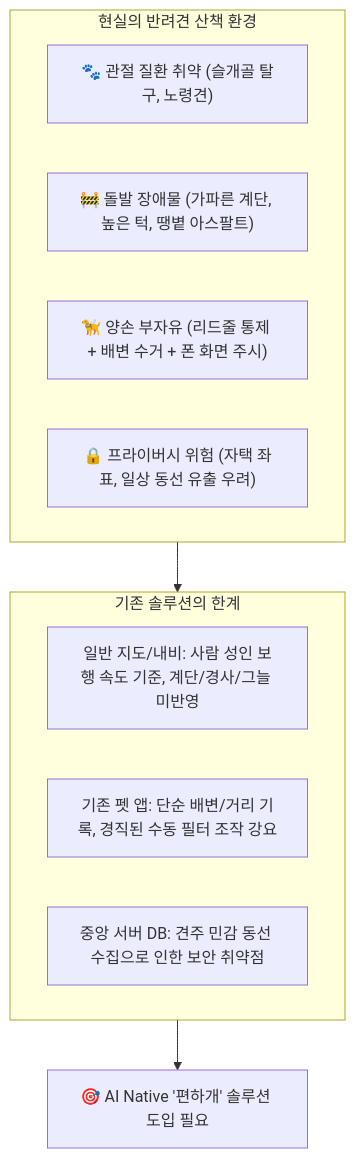
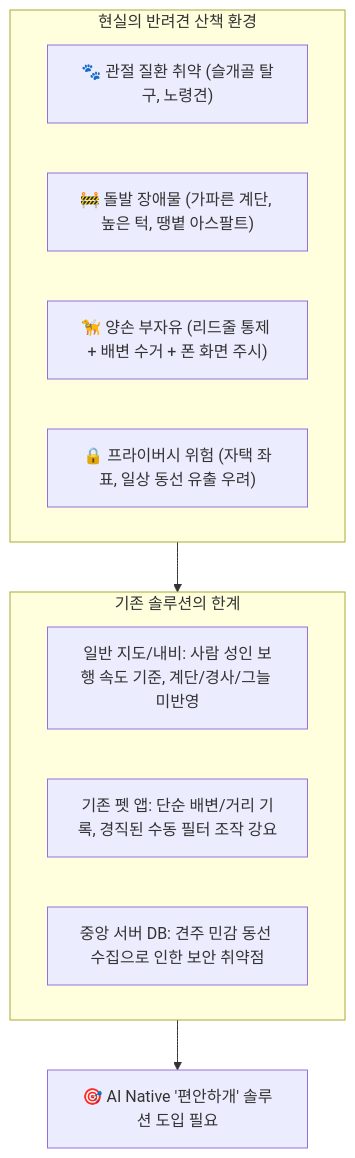
The first of 5 diagrams in docs/04_ai_problem_definition.md (haru2014/pet_walk_t01), drawn with Mermaid before and after one commit. The commit also changed other lines of this file and 20 other files, not shown here.

First line of the commit message:
docs: 서비스 명칭 변경 (편하개 -> 편안하개) 및 전체 문서 동기화

````diff
--- a/docs/04_ai_problem_definition.md
+++ b/docs/04_ai_problem_definition.md
@@ -14,18 +14,18 @@
 ```mermaid
 flowchart TD
     subgraph Reality["현실의 반려견 산책 환경"]
         R1["🐾 관절 질환 취약 (슬개골 탈구, 노령견)"]
         R2["🚧 돌발 장애물 (가파른 계단, 높은 턱, 땡볕 아스팔트)"]
         R3["🦮 양손 부자유 (리드줄 통제 + 배변 수거 + 폰 화면 주시)"]
         R4["🔒 프라이버시 위험 (자택 좌표, 일상 동선 유출 우려)"]
     end
 
     subgraph LegacyLimits["기존 솔루션의 한계"]
         L1["일반 지도/내비: 사람 성인 보행 속도 기준, 계단/경사/그늘 미반영"]
         L2["기존 펫 앱: 단순 배변/거리 기록, 경직된 수동 필터 조작 강요"]
         L3["중앙 서버 DB: 견주 민감 동선 수집으로 인한 보안 취약점"]
     end
 
     Reality --> LegacyLimits
-    LegacyLimits --> Goal["🎯 AI Native '편하개' 솔루션 도입 필요"]
+    LegacyLimits --> Goal["🎯 AI Native '편안하개' 솔루션 도입 필요"]
 ```
````
